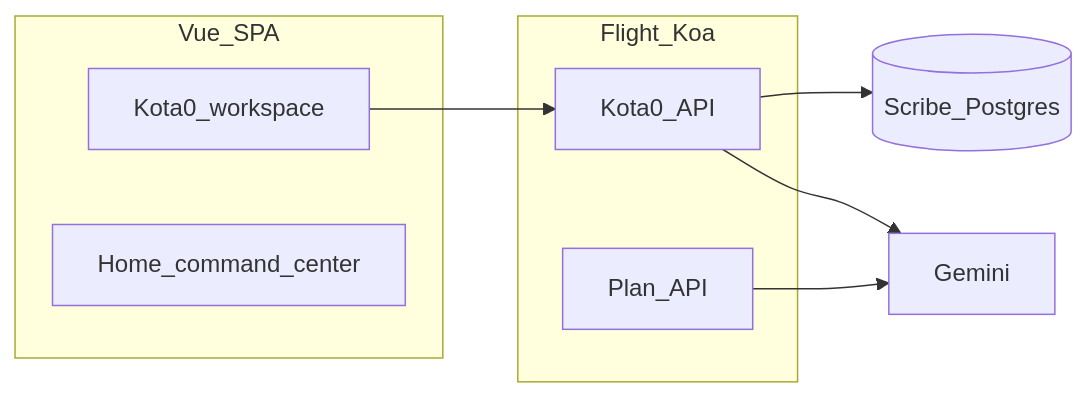
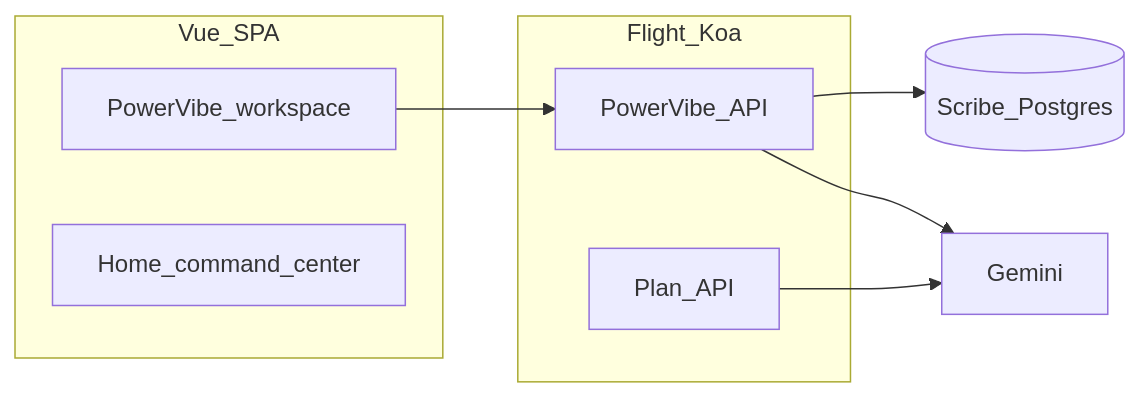
Before and after one commit to thoughtpivot/kota0: the diagram in README.md, drawn with Mermaid. The commit also changed other lines of this file and 94 other files, not shown here.

````diff
--- a/README.md
+++ b/README.md
@@ -122,17 +120,17 @@
 ```mermaid
 flowchart LR
   subgraph ui [Vue_SPA]
-    Workspace[Kota0_workspace]
+    Workspace[PowerVibe_workspace]
     Home[Home_command_center]
   end
   subgraph runtime [Flight_Koa]
-    Kota0API[Kota0_API]
+    PowervibeAPI[PowerVibe_API]
     PlanAPI[Plan_API]
   end
   Scribe[(Scribe_Postgres)]
   Gemini[Gemini]
-  Workspace --> Kota0API
-  Kota0API --> Scribe
-  Kota0API --> Gemini
+  Workspace --> PowervibeAPI
+  PowervibeAPI --> Scribe
+  PowervibeAPI --> Gemini
   PlanAPI --> Gemini
 ```
````
